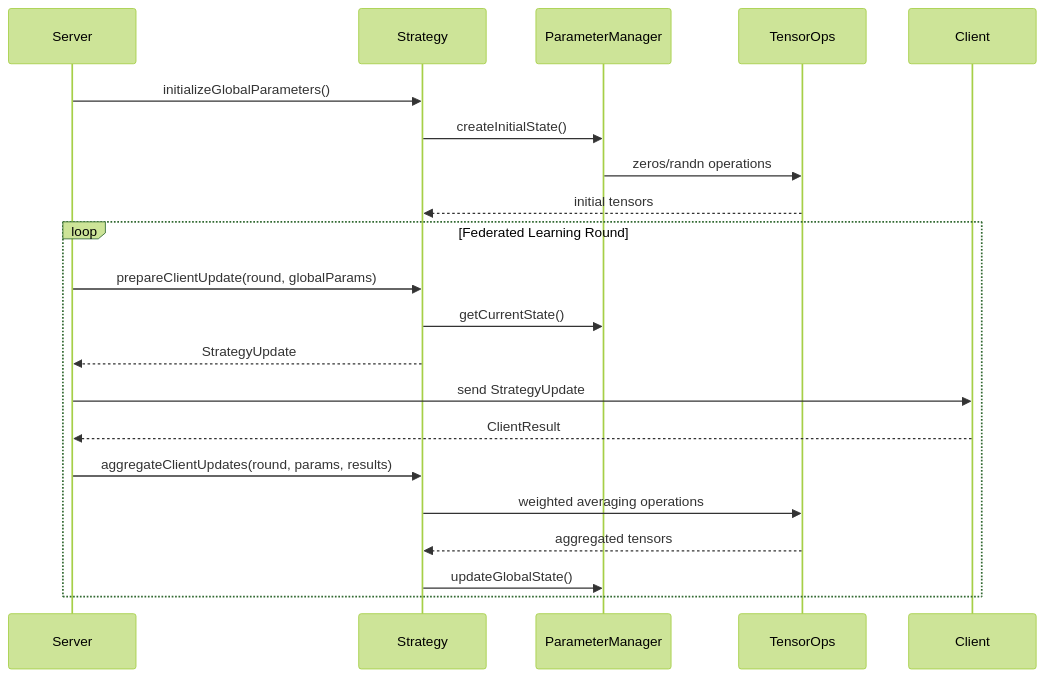
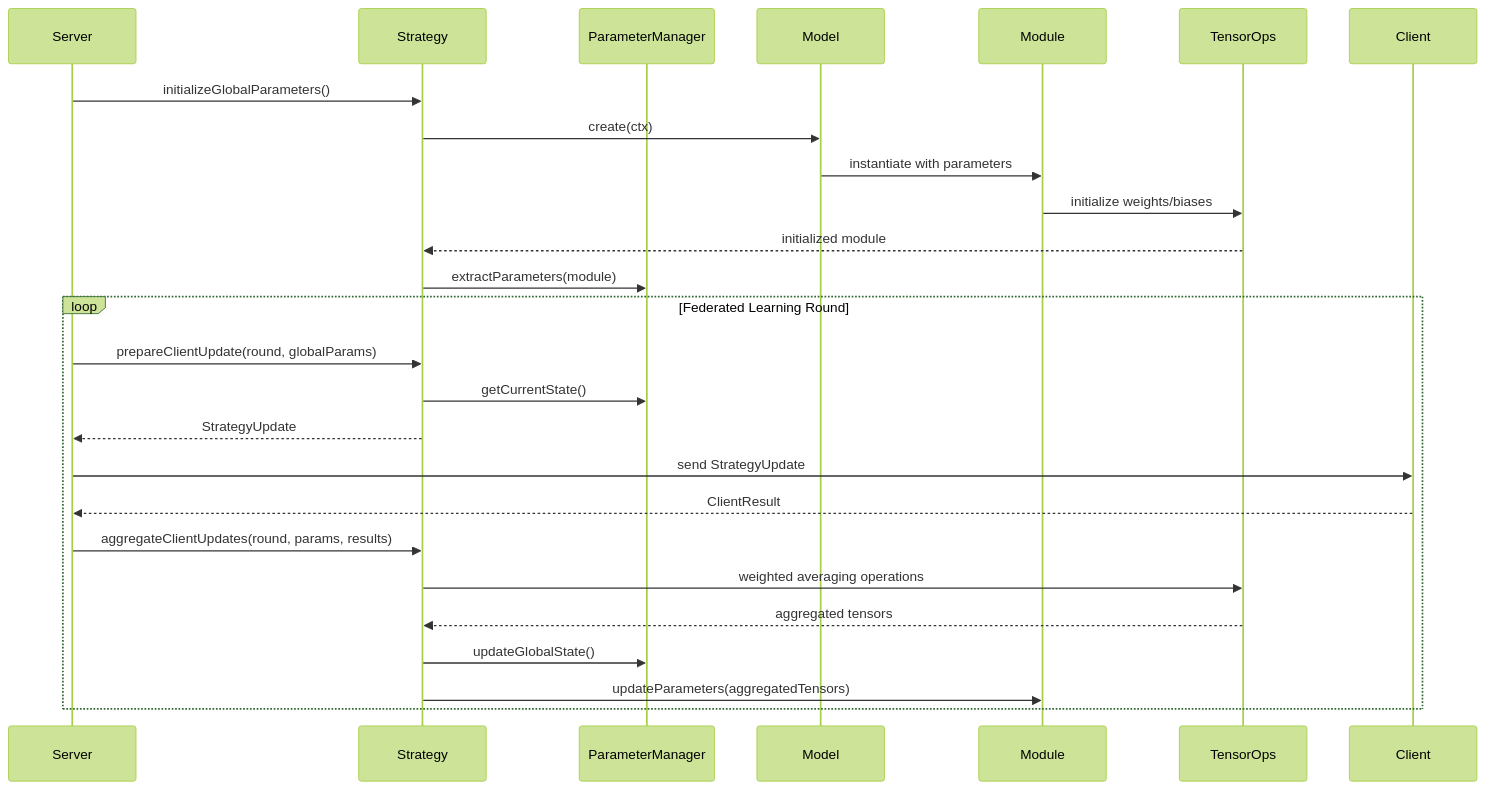
One commit to Fed-SKaiNET/skainet-fed changed the second of 2 diagrams in .kiro/specs/federated-learning-strategies/design.md. Above: the diagram before and after it, drawn with Mermaid (forest theme). The commit also changed other lines of this file and 9 other files, not shown here.

````diff
--- a/.kiro/specs/federated-learning-strategies/design.md
+++ b/.kiro/specs/federated-learning-strategies/design.md
@@ -52,27 +60,32 @@
 ```mermaid
 sequenceDiagram
     participant Server
     participant Strategy
     participant ParameterManager
+    participant Model
+    participant Module
     participant TensorOps
     participant Client
     
     Server->>Strategy: initializeGlobalParameters()
-    Strategy->>ParameterManager: createInitialState()
-    ParameterManager->>TensorOps: zeros/randn operations
-    TensorOps-->>Strategy: initial tensors
+    Strategy->>Model: create(ctx)
+    Model->>Module: instantiate with parameters
+    Module->>TensorOps: initialize weights/biases
+    TensorOps-->>Strategy: initialized module
+    Strategy->>ParameterManager: extractParameters(module)
     
     loop Federated Learning Round
         Server->>Strategy: prepareClientUpdate(round, globalParams)
         Strategy->>ParameterManager: getCurrentState()
         Strategy-->>Server: StrategyUpdate
         
         Server->>Client: send StrategyUpdate
         Client-->>Server: ClientResult
         
         Server->>Strategy: aggregateClientUpdates(round, params, results)
         Strategy->>TensorOps: weighted averaging operations
         TensorOps-->>Strategy: aggregated tensors
         Strategy->>ParameterManager: updateGlobalState()
+        Strategy->>Module: updateParameters(aggregatedTensors)
     end
 ```
````
